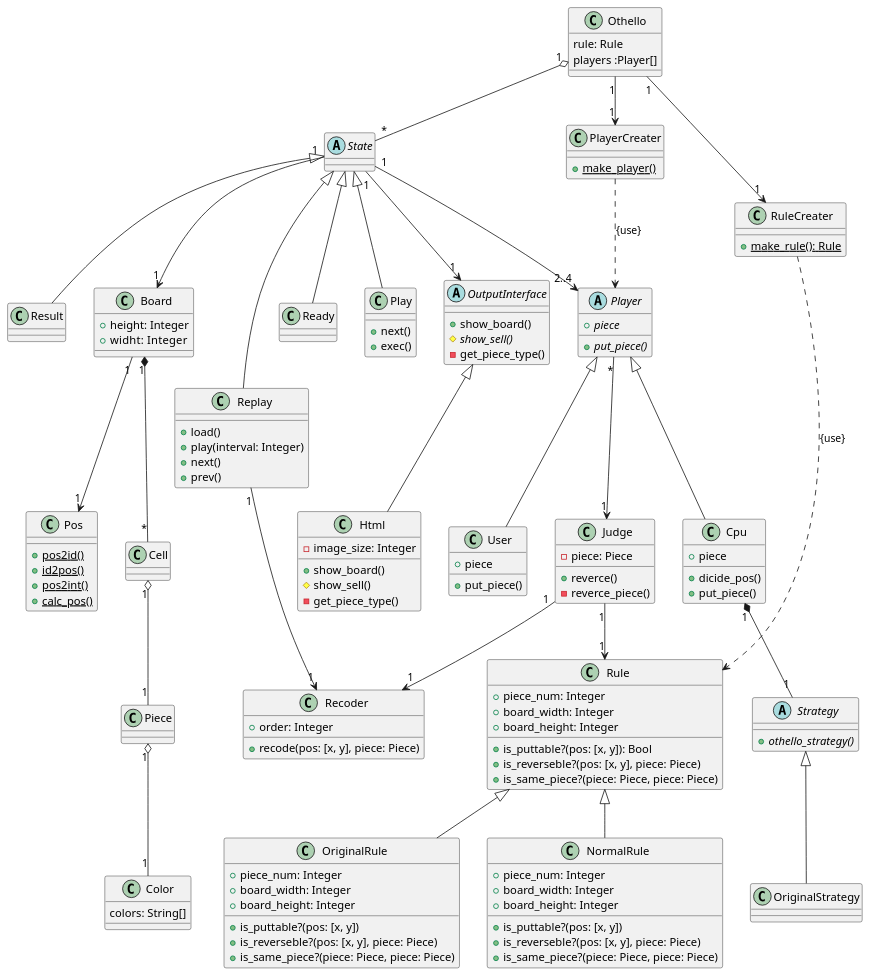
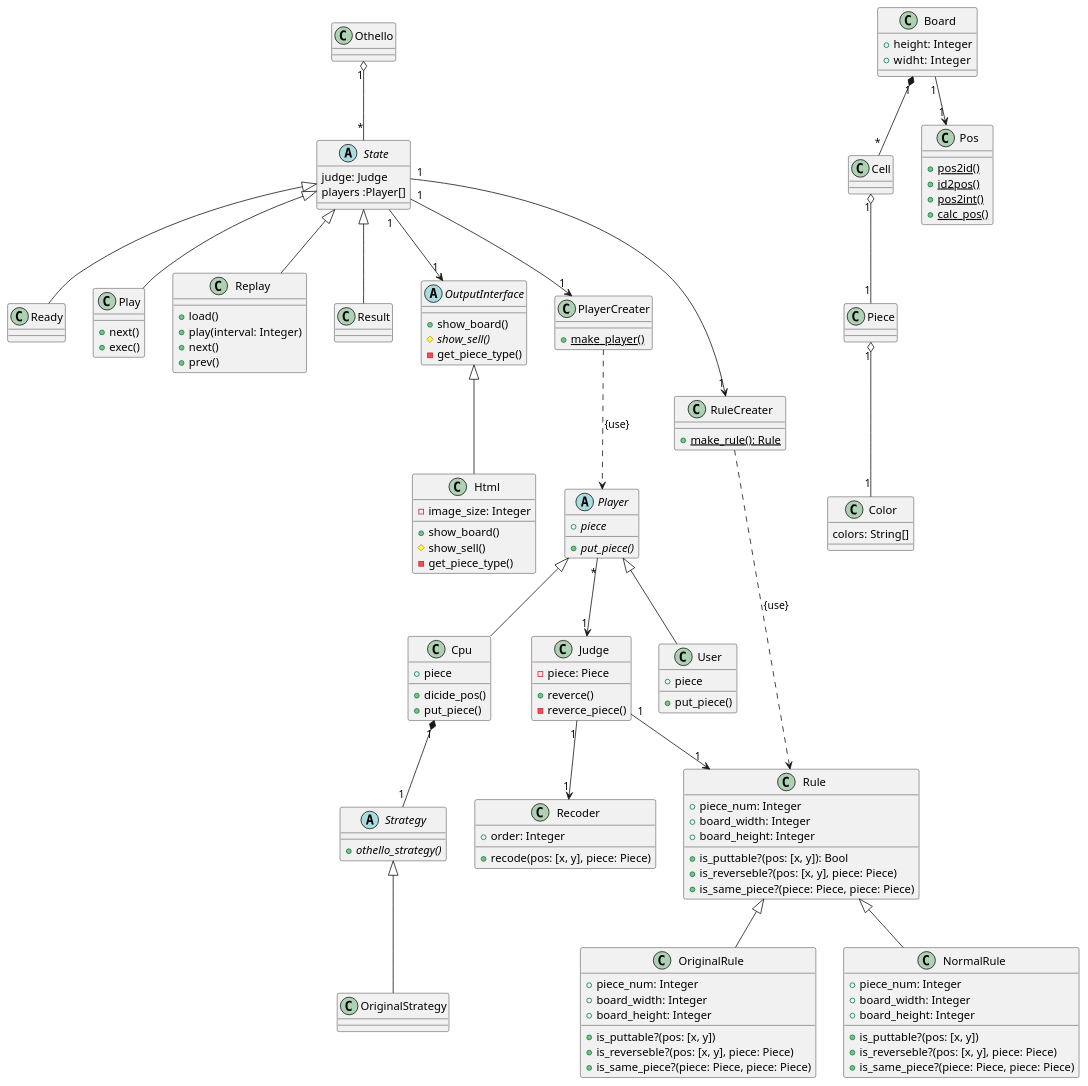
The diagram in uml/othello.pu (MaxMEllon/AppBox), drawn with PlantUML before and after one commit. The commit also changed 1 other file, not shown here.

Commit message:
edit: uml

```diff
--- a/uml/othello.pu
+++ b/uml/othello.pu
@@ -1,186 +1,182 @@
 @startuml{othello.png}
 
 class Othello {
-  rule: Rule
-  players :Player[]
 }
 
 abstract State {
+  judge: Judge
+  players :Player[]
 }
 
 class Board {
   +height: Integer
   +widht:  Integer
 }
 
 class Cell {
 }
 
 class Piece {
 }
 
 class Piece {
 }
 
 class Color {
   colors: String[]
 }
 
 class Pos {
   +{static} pos2id()
   +{static} id2pos()
   +{static} pos2int()
   +{static} calc_pos()
 }
 
 class Ready {
 }
 
 class Play {
   +next()
   +exec()
 }
 
 class Replay {
   +load()
   +play(interval: Integer)
   +next()
   +prev()
 }
 
 class Result {
 }
 
 ' Outputinterface {{{
 abstract OutputInterface {
   +show_board()
   #{abstract} show_sell()
   -get_piece_type()
 }
 
 class Html {
   -image_size: Integer
 
   +show_board()
   #show_sell()
   -get_piece_type()
 }
 ' }}}
 
 ' Player {{{
 abstract Player {
   +{abstract} piece
   +{abstract} put_piece()
 }
 
 class User {
   +piece
   +put_piece()
 }
 
 class Cpu {
   +piece
   +dicide_pos()
   +put_piece()
 }
 
 abstract Strategy {
   +{abstract} othello_strategy()
 }
 class OriginalStrategy {
 
 }
 
 class PlayerCreater {
   +{static} make_player()
 }
 ' }}}
 
 class Judge {
   -piece: Piece
   +reverce()
   -reverce_piece()
 }
 
 ' Rule {{{
 class Rule {
   +piece_num: Integer
   +board_width: Integer
   +board_height: Integer
 
   +is_puttable?(pos: [x, y]): Bool
   +is_reverseble?(pos: [x, y], piece: Piece)
   +is_same_piece?(piece: Piece, piece: Piece)
 }
 
 class NormalRule {
   +piece_num: Integer
   +board_width: Integer
   +board_height: Integer
 
   +is_puttable?(pos: [x, y])
   +is_reverseble?(pos: [x, y], piece: Piece)
   +is_same_piece?(piece: Piece, piece: Piece)
 }
 
 class OriginalRule {
   +piece_num: Integer
   +board_width: Integer
   +board_height: Integer
 
   +is_puttable?(pos: [x, y])
   +is_reverseble?(pos: [x, y], piece: Piece)
   +is_same_piece?(piece: Piece, piece: Piece)
 }
 
 class Recoder {
   +order: Integer
   +recode(pos: [x, y], piece: Piece)
 }
 
 class RuleCreater {
   +{static} make_rule(): Rule
 }
 
 ' }}}
 
 ' 関連 {{{
 Othello "1" o-- "*" State
-Othello "1" --> "1" PlayerCreater
-Othello "1" --> "1" RuleCreater
 
 State <|-- Ready
 State <|-- Play
 State <|-- Replay
 State <|-- Result
 
+State "1" --> "1" PlayerCreater
+State "1" --> "1" RuleCreater
 State "1" --> "1" OutputInterface
-State "1" --> "1" Board
-State "1" --> "2..4" Player
-
-Replay "1" --> "1" Recoder
 
 Board "1" --> "1" Pos
 Board "1" *-- "*" Cell
 
 RuleCreater ..> Rule : {use}
 Rule <|-- NormalRule
 Rule <|-- OriginalRule
 
 PlayerCreater ..> Player : {use}
 Player <|-- User
 Player <|-- Cpu
 Player "*" --> "1" Judge
 
 Judge "1" --> "1" Rule
 Judge "1" --> "1" Recoder
 Cpu "1" *-- "1" Strategy
 Strategy <|-- OriginalStrategy
 
 Cell  "1" o-- "1" Piece
 Piece "1" o-- "1" Color
 
 OutputInterface <|-- Html
 ' }}}
 
 @enduml
```
